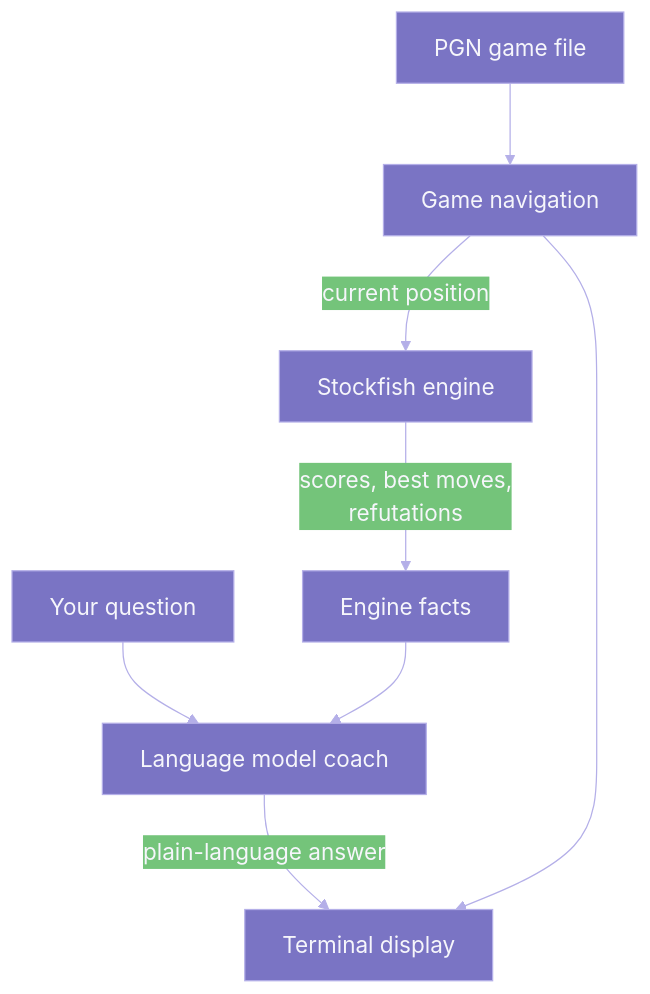
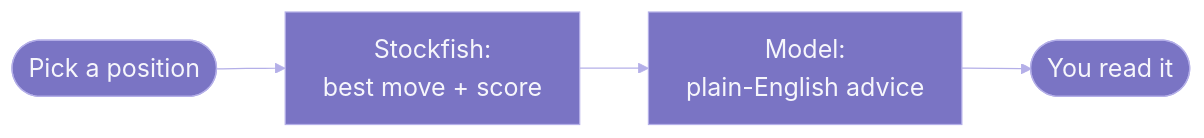
One commit to jconnors23/Dupont changed the diagram in README.md. Above: the diagram before and after it, drawn with Mermaid. The commit also changed other lines of this file and 22 other files, not shown here.

````diff
--- a/README.md
+++ b/README.md
@@ -19,11 +21,7 @@
 ```mermaid
-%%{init: {'theme':'base','themeVariables':{'fontSize':'18px','primaryColor':'#7a74c4','primaryTextColor':'#f6f6fb','primaryBorderColor':'#b4afe8','lineColor':'#b4afe8'},'flowchart':{'nodeSpacing':55,'rankSpacing':65}}}%%
-flowchart TB
-    PGN[PGN game file] --> GS[Game navigation]
-    GS -->|current position| ENG[Stockfish engine]
-    ENG -->|scores, best moves,<br/>refutations| FACTS[Engine facts]
-    USER[Your question] --> COACH[Language model coach]
-    FACTS --> COACH
-    COACH -->|plain-language answer| OUT[Terminal display]
-    GS --> OUT
+%%{init: {'theme':'base','themeVariables':{'fontSize':'20px','primaryColor':'#7a74c4','primaryTextColor':'#f6f6fb','primaryBorderColor':'#b4afe8','lineColor':'#b4afe8'},'flowchart':{'nodeSpacing':50,'rankSpacing':55}}}%%
+flowchart LR
+    A([Pick a position]) --> B[Stockfish:<br/>best move + score]
+    B --> C[Model:<br/>plain-English advice]
+    C --> D([You read it])
 ```
````
